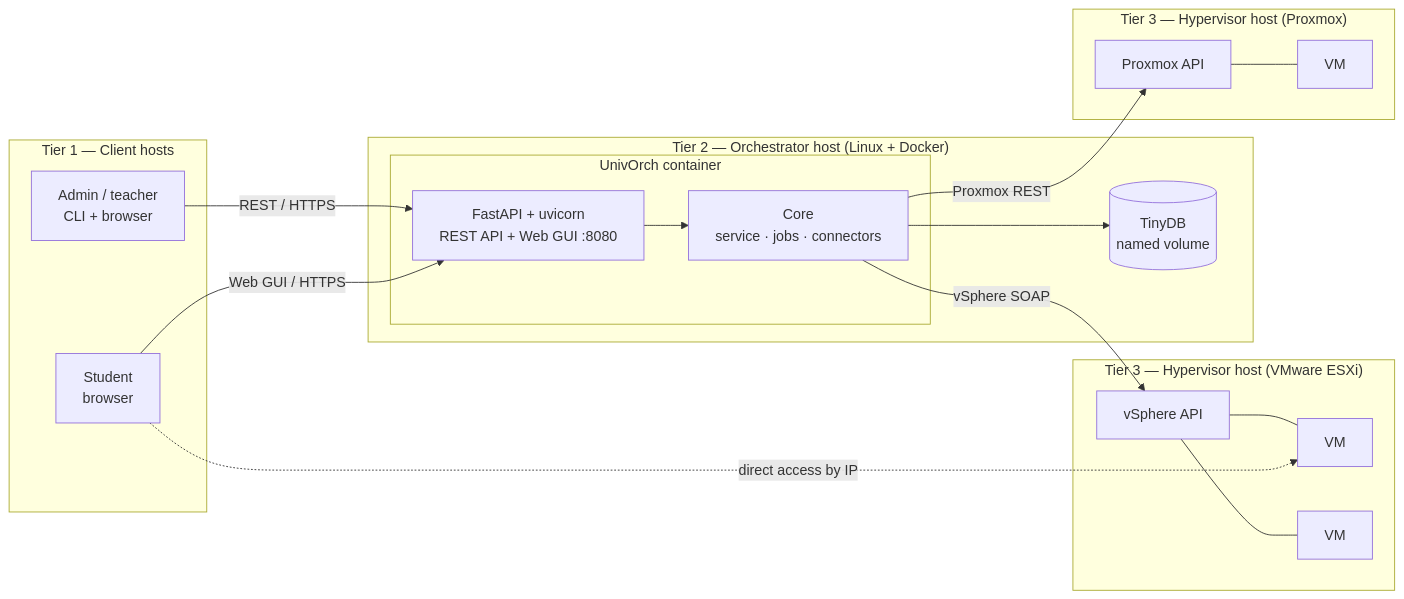
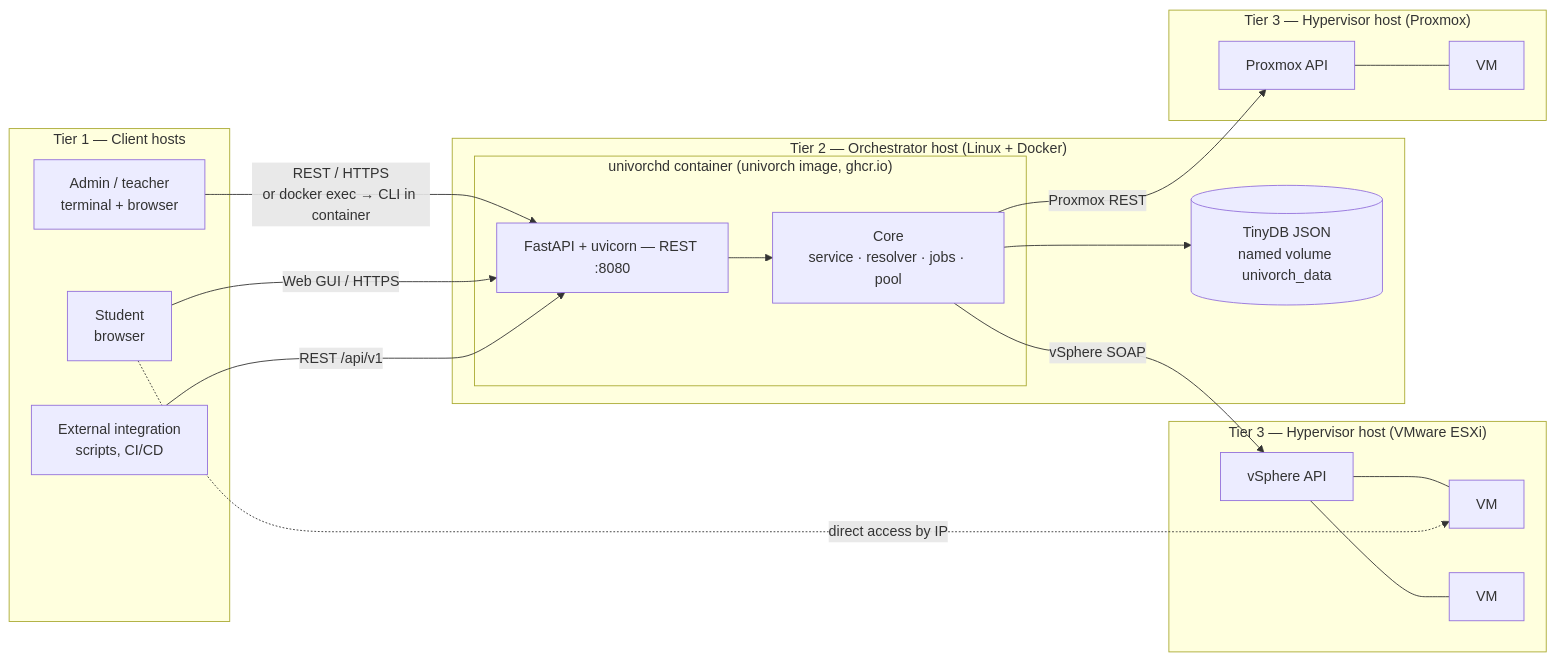
The third of 6 diagrams in docs/diagrams.md (clamaveruma/univorch), drawn with Mermaid before and after one commit. The commit also changed other lines of this file and 14 other files, not shown here.

First line of the commit message:
docs/memoria: integrar 9 diagramas Mermaid en el capitulo 4

````diff
--- a/docs/diagrams.md
+++ b/docs/diagrams.md
@@ -93,37 +105,39 @@
 ```mermaid
 flowchart LR
     subgraph Clients["Tier 1 — Client hosts"]
-        Admin["Admin / teacher<br/>CLI + browser"]
+        Admin["Admin / teacher<br/>terminal + browser"]
         Student["Student<br/>browser"]
+        Integ["External integration<br/>scripts, CI/CD"]
     end
 
     subgraph OrchHost["Tier 2 — Orchestrator host (Linux + Docker)"]
-        subgraph Container["UnivOrch container"]
-            API["FastAPI + uvicorn<br/>REST API + Web GUI :8080"]
-            Core["Core<br/>service · jobs · connectors"]
+        subgraph Container["univorchd container (univorch image, ghcr.io)"]
+            REST["FastAPI + uvicorn — REST :8080"]
+            Core["Core<br/>service · resolver · jobs · pool"]
         end
-        Vol[("TinyDB<br/>named volume")]
+        Vol[("TinyDB JSON<br/>named volume univorch_data")]
     end
 
     subgraph HV1["Tier 3 — Hypervisor host (VMware ESXi)"]
         ESX["vSphere API"]
         VM1["VM"]
         VM2["VM"]
     end
 
     subgraph HV2["Tier 3 — Hypervisor host (Proxmox)"]
         PVE["Proxmox API"]
         VM3["VM"]
     end
 
-    Admin -->|REST / HTTPS| API
-    Student -->|Web GUI / HTTPS| API
-    API --> Core
+    Admin -->|REST / HTTPS<br/>or docker exec → CLI in container| REST
+    Student -->|Web GUI / HTTPS| REST
+    Integ -->|REST /api/v1| REST
+    REST --> Core
     Core --> Vol
     Core -->|vSphere SOAP| ESX
     Core -->|Proxmox REST| PVE
     ESX --- VM1
     ESX --- VM2
     PVE --- VM3
     Student -. direct access by IP .-> VM1
 ```
````
